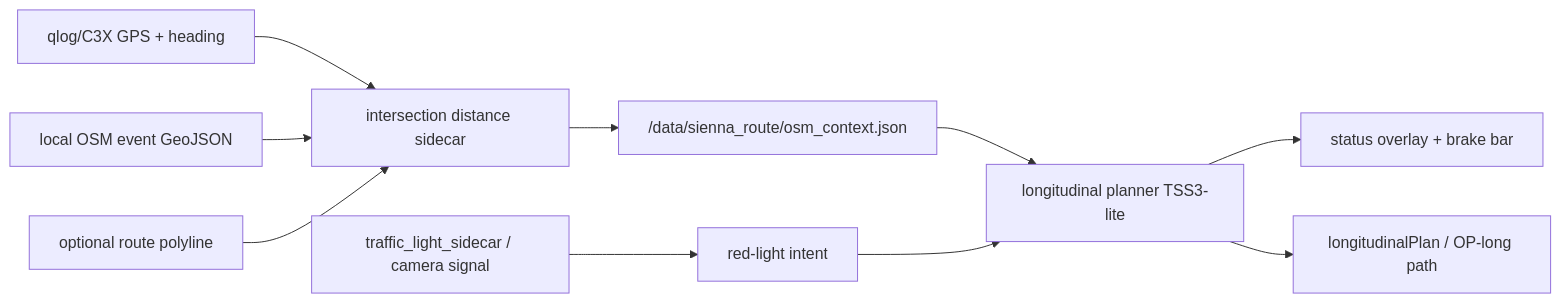
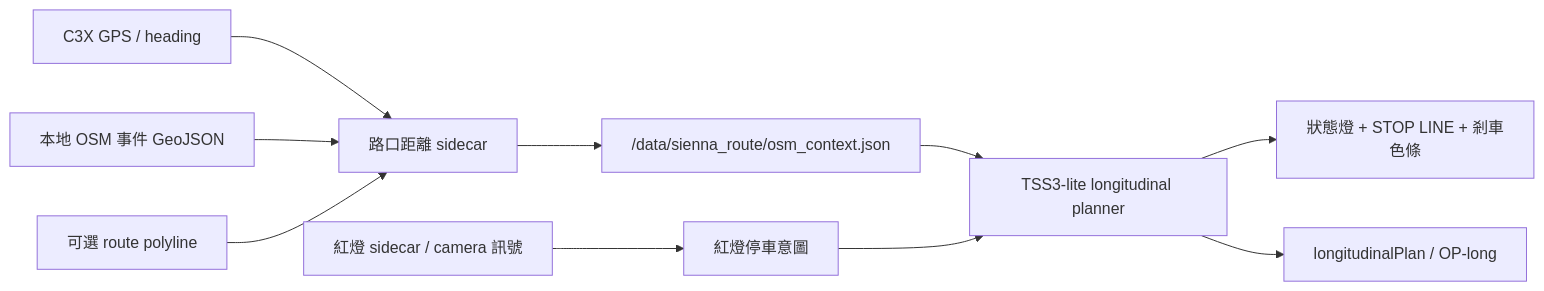
One commit to Vance425/ACC-Integrated-Longitudinal-Brake-Assist changed the diagram in docs/architecture.md. Above: the diagram before and after it, drawn with Mermaid. The commit also changed other lines of this file and 5 other files, not shown here.

````diff
--- a/docs/architecture.md
+++ b/docs/architecture.md
@@ -5,12 +5,12 @@
 ```mermaid
 flowchart LR
-  Camera["traffic_light_sidecar / camera signal"] --> Intent["red-light intent"]
-  GPS["qlog/C3X GPS + heading"] --> Distance["intersection distance sidecar"]
-  OSM["local OSM event GeoJSON"] --> Distance
-  Route["optional route polyline"] --> Distance
+  Camera["紅燈 sidecar / camera 訊號"] --> Intent["紅燈停車意圖"]
+  GPS["C3X GPS / heading"] --> Distance["路口距離 sidecar"]
+  OSM["本地 OSM 事件 GeoJSON"] --> Distance
+  Route["可選 route polyline"] --> Distance
   Distance --> Context["/data/sienna_route/osm_context.json"]
-  Context --> Planner["longitudinal planner TSS3-lite"]
+  Context --> Planner["TSS3-lite longitudinal planner"]
   Intent --> Planner
-  Planner --> UI["status overlay + brake bar"]
-  Planner --> LongPlan["longitudinalPlan / OP-long path"]
+  Planner --> UI["狀態燈 + STOP LINE + 剎車色條"]
+  Planner --> LongPlan["longitudinalPlan / OP-long"]
 ```
````
